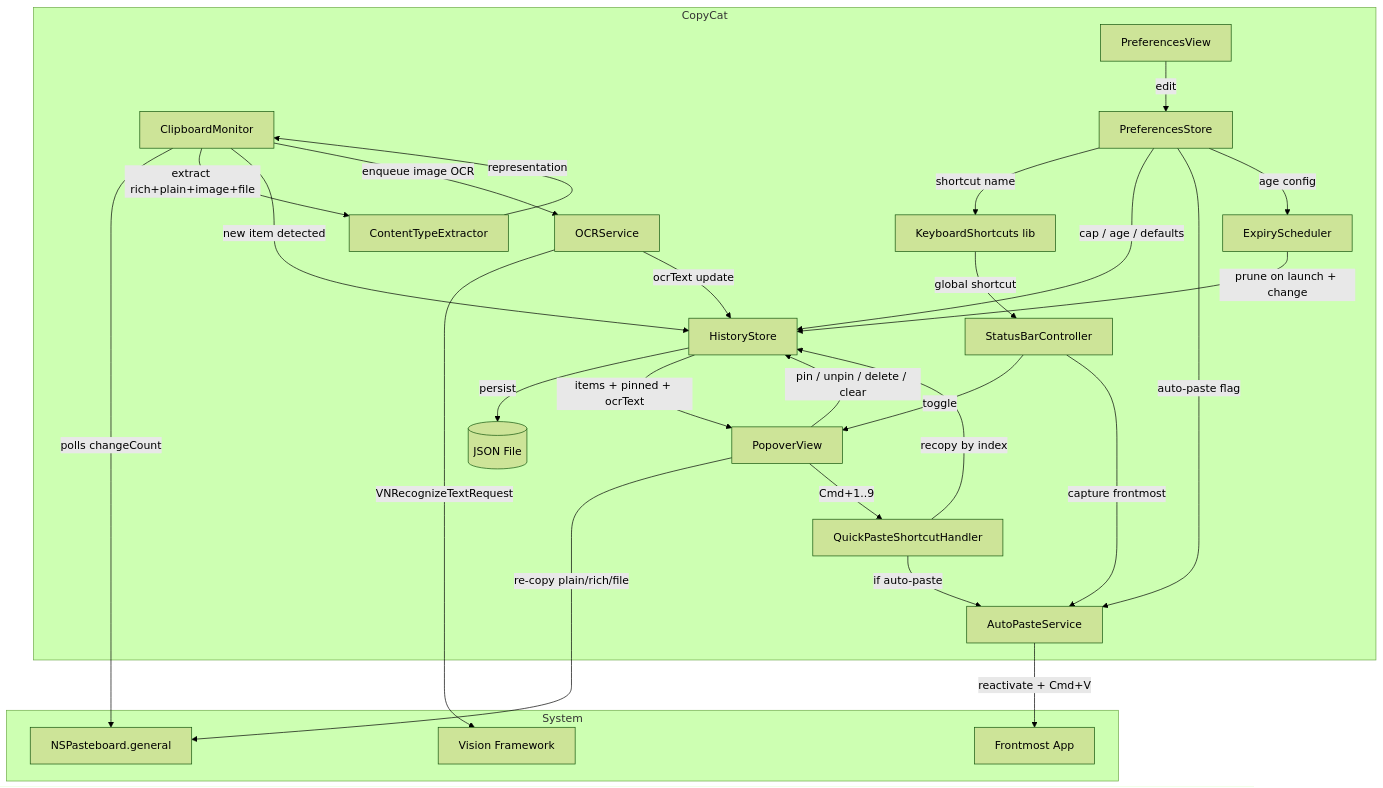
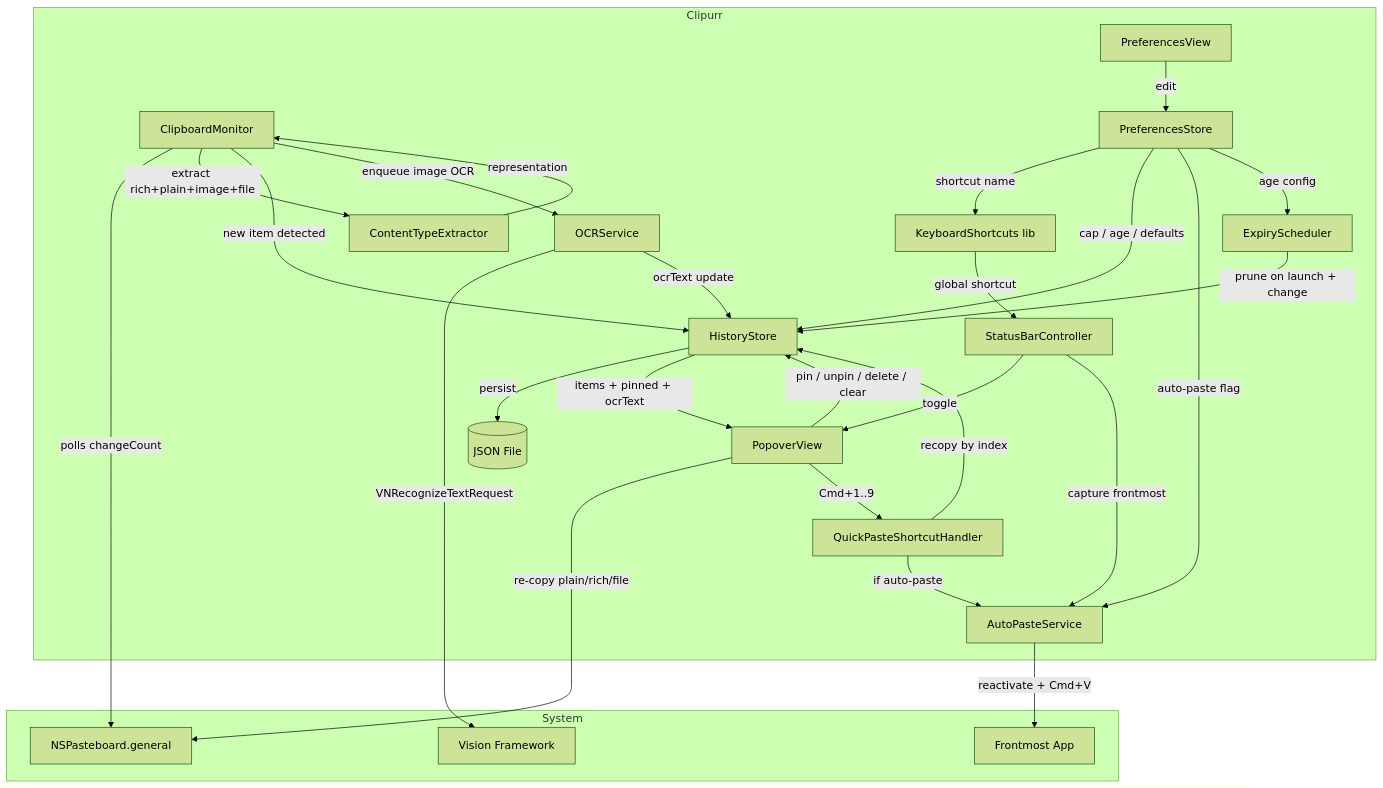
Before and after one commit to bogoartur/Clipurr: the first of 2 diagrams in .kiro/specs/clipboard-manager/design.md, drawn with Mermaid (forest theme). The commit also changed other lines of this file and 59 other files, not shown here.

First line of the commit message:
Rename CopyCat to Clipurr

````diff
--- a/.kiro/specs/clipboard-manager/design.md
+++ b/.kiro/specs/clipboard-manager/design.md
@@ -27,35 +27,35 @@
 ```mermaid
 flowchart TD
     subgraph System
         PB[NSPasteboard.general]
         FR[Frontmost App]
         VN[Vision Framework]
     end
 
-    subgraph CopyCat
+    subgraph Clipurr
         CM[ClipboardMonitor] -->|polls changeCount| PB
         CM -->|extract rich+plain+image+file| CTE[ContentTypeExtractor]
         CTE -->|representation| CM
         CM -->|new item detected| HS[HistoryStore]
         CM -->|enqueue image OCR| OCR[OCRService]
         OCR -->|VNRecognizeTextRequest| VN
         OCR -->|ocrText update| HS
         HS -->|persist| FS[(JSON File)]
         HS -->|items + pinned + ocrText| UI[PopoverView]
         UI -->|re-copy plain/rich/file| PB
         UI -->|pin / unpin / delete / clear| HS
         UI -->|Cmd+1..9| QP[QuickPasteShortcutHandler]
         QP -->|recopy by index| HS
         QP -->|if auto-paste| AP[AutoPasteService]
         AP -->|reactivate + Cmd+V| FR
         SB[StatusBarController] -->|toggle| UI
         SB -->|capture frontmost| AP
         KS[KeyboardShortcuts lib] -->|global shortcut| SB
         PS[PreferencesStore] -->|shortcut name| KS
         PS -->|cap / age / defaults| HS
         PS -->|auto-paste flag| AP
         EX[ExpiryScheduler] -->|prune on launch + change| HS
         PS -->|age config| EX
         PV[PreferencesView] -->|edit| PS
     end
 ```
````
